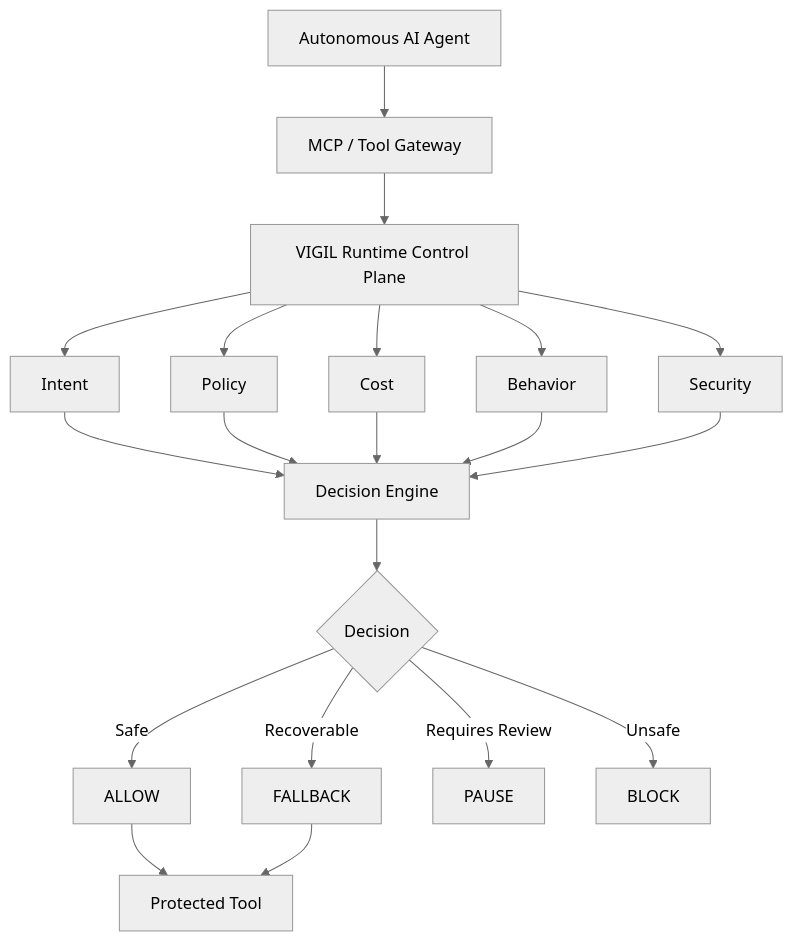
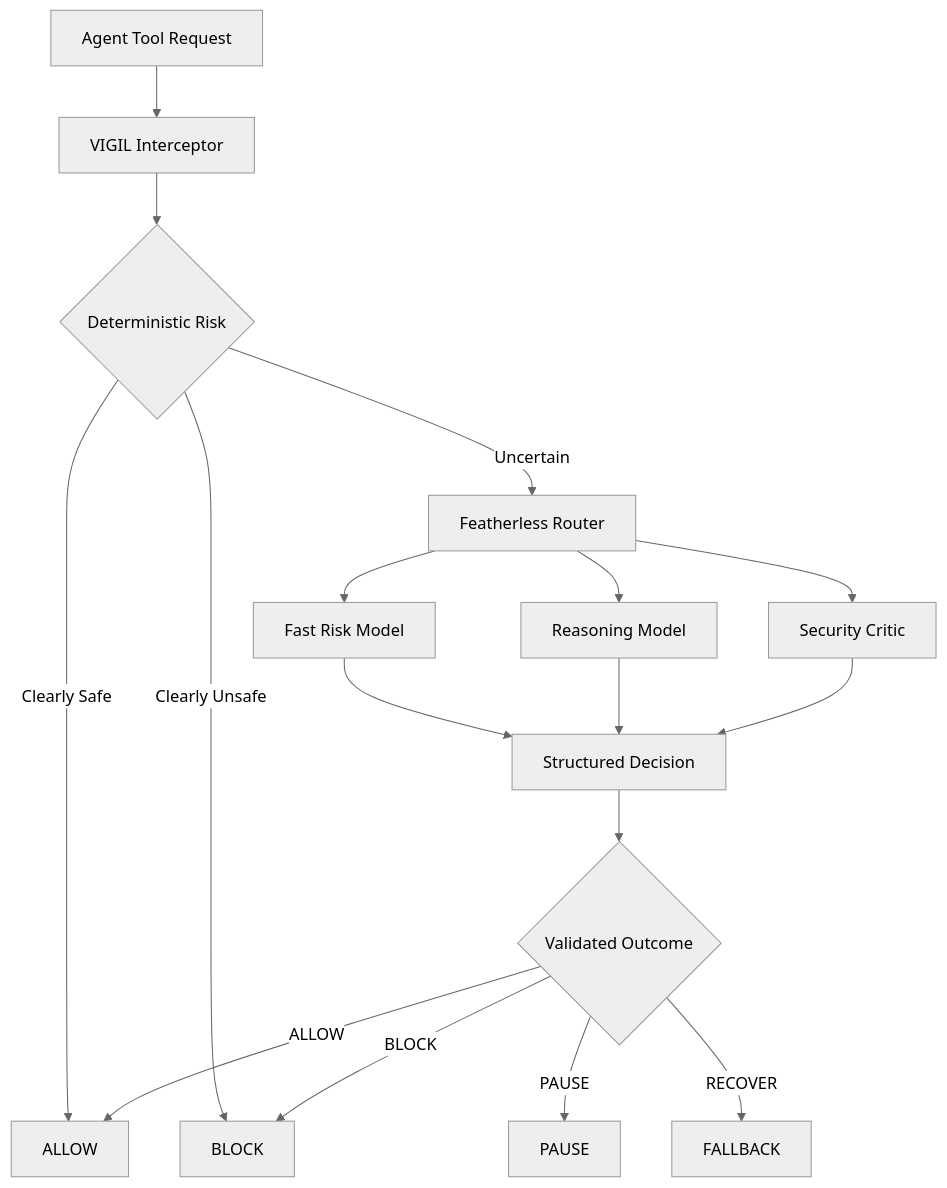
Before and after one commit to LSUDOKO/Vigil: the first of 6 diagrams in README.md, drawn with Mermaid (neutral theme). The commit also changed other lines of this file, not shown here.

````diff
--- a/README.md
+++ b/README.md
@@ -111,29 +219,27 @@
 ```mermaid
 flowchart TD
-    A[Autonomous AI Agent]
-        --> B[MCP / Tool Gateway]
 
-    B --> C[VIGIL Runtime Control Plane]
+    A[Agent Tool Request]
+        --> B[VIGIL Interceptor]
 
-    C --> D[Intent]
-    C --> E[Policy]
-    C --> F[Cost]
-    C --> G[Behavior]
-    C --> H[Security]
+    B --> C{Deterministic Risk}
 
-    D --> I[Decision Engine]
-    E --> I
-    F --> I
-    G --> I
-    H --> I
+    C -->|Clearly Safe| D[ALLOW]
+    C -->|Clearly Unsafe| E[BLOCK]
+    C -->|Uncertain| F[Featherless Router]
 
-    I --> J{Decision}
+    F --> G[Fast Risk Model]
+    F --> H[Reasoning Model]
+    F --> I[Security Critic]
 
-    J -->|Safe| K[ALLOW]
-    J -->|Recoverable| L[FALLBACK]
-    J -->|Requires Review| M[PAUSE]
-    J -->|Unsafe| N[BLOCK]
+    G --> J[Structured Decision]
+    H --> J
+    I --> J
 
-    K --> O[Protected Tool]
-    L --> O
+    J --> K{Validated Outcome}
+
+    K -->|ALLOW| D
+    K -->|PAUSE| L[PAUSE]
+    K -->|BLOCK| E
+    K -->|RECOVER| M[FALLBACK]
 ```
````
